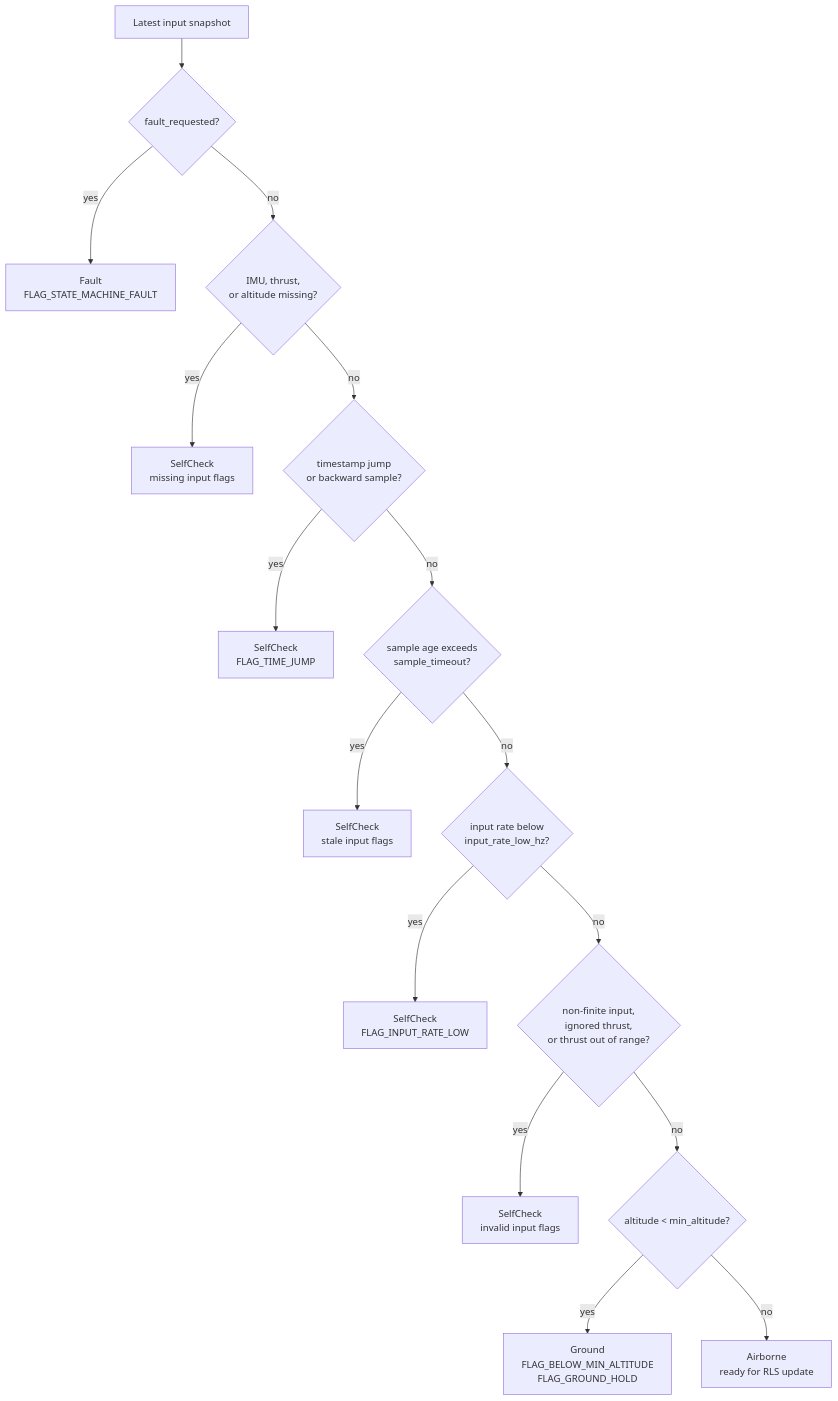
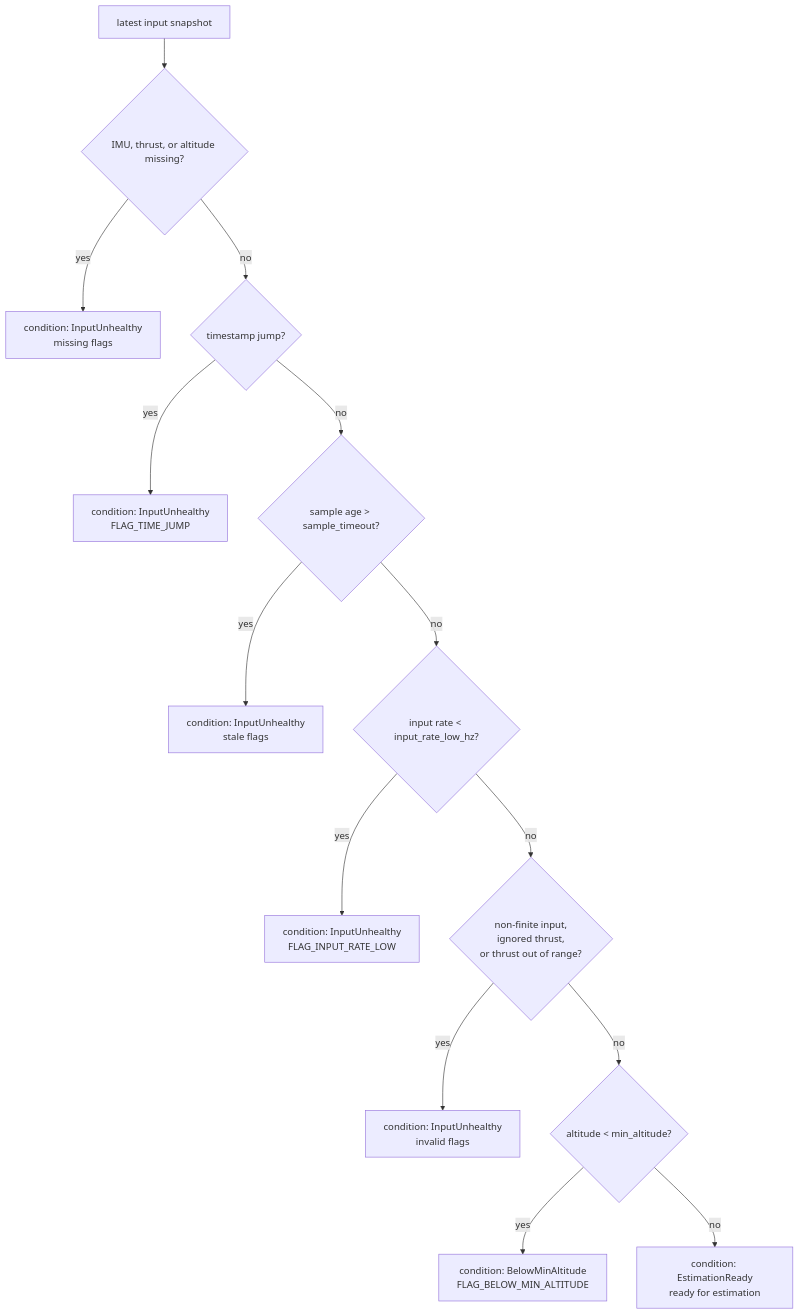
One commit to XGC-Team/xgc2-estimator-hover-thrust changed the second of 2 diagrams in README.md. Above: the diagram before and after it, drawn with Mermaid. The commit also changed other lines of this file and 69 other files, not shown here.

````diff
--- a/README.md
+++ b/README.md
@@ -65,24 +79,22 @@
 ```mermaid
 flowchart TD
-    Start["Latest input snapshot"] --> FaultReq{"fault_requested?"}
-    FaultReq -->|"yes"| Fault["Fault<br/>FLAG_STATE_MACHINE_FAULT"]
-    FaultReq -->|"no"| Missing{"IMU, thrust,<br/>or altitude missing?"}
+    Start["latest input snapshot"] --> Missing{"IMU, thrust, or altitude missing?"}
 
-    Missing -->|"yes"| SelfMissing["SelfCheck<br/>missing input flags"]
-    Missing -->|"no"| TimeJump{"timestamp jump<br/>or backward sample?"}
+    Missing -->|"yes"| MissingSelf["condition: InputUnhealthy<br/>missing flags"]
+    Missing -->|"no"| TimeJump{"timestamp jump?"}
 
-    TimeJump -->|"yes"| SelfTime["SelfCheck<br/>FLAG_TIME_JUMP"]
-    TimeJump -->|"no"| Stale{"sample age exceeds<br/>sample_timeout?"}
+    TimeJump -->|"yes"| TimeSelf["condition: InputUnhealthy<br/>FLAG_TIME_JUMP"]
+    TimeJump -->|"no"| Stale{"sample age > sample_timeout?"}
 
-    Stale -->|"yes"| SelfStale["SelfCheck<br/>stale input flags"]
-    Stale -->|"no"| LowRate{"input rate below<br/>input_rate_low_hz?"}
+    Stale -->|"yes"| StaleSelf["condition: InputUnhealthy<br/>stale flags"]
+    Stale -->|"no"| LowRate{"input rate < input_rate_low_hz?"}
 
-    LowRate -->|"yes"| SelfRate["SelfCheck<br/>FLAG_INPUT_RATE_LOW"]
+    LowRate -->|"yes"| RateSelf["condition: InputUnhealthy<br/>FLAG_INPUT_RATE_LOW"]
     LowRate -->|"no"| Invalid{"non-finite input,<br/>ignored thrust,<br/>or thrust out of range?"}
 
-    Invalid -->|"yes"| SelfInvalid["SelfCheck<br/>invalid input flags"]
+    Invalid -->|"yes"| InvalidSelf["condition: InputUnhealthy<br/>invalid flags"]
     Invalid -->|"no"| LowAlt{"altitude < min_altitude?"}
 
-    LowAlt -->|"yes"| Ground["Ground<br/>FLAG_BELOW_MIN_ALTITUDE<br/>FLAG_GROUND_HOLD"]
-    LowAlt -->|"no"| Airborne["Airborne<br/>ready for RLS update"]
+    LowAlt -->|"yes"| ToGround["condition: BelowMinAltitude<br/>FLAG_BELOW_MIN_ALTITUDE"]
+    LowAlt -->|"no"| ToAirborne["condition: EstimationReady<br/>ready for estimation"]
 ```
````
